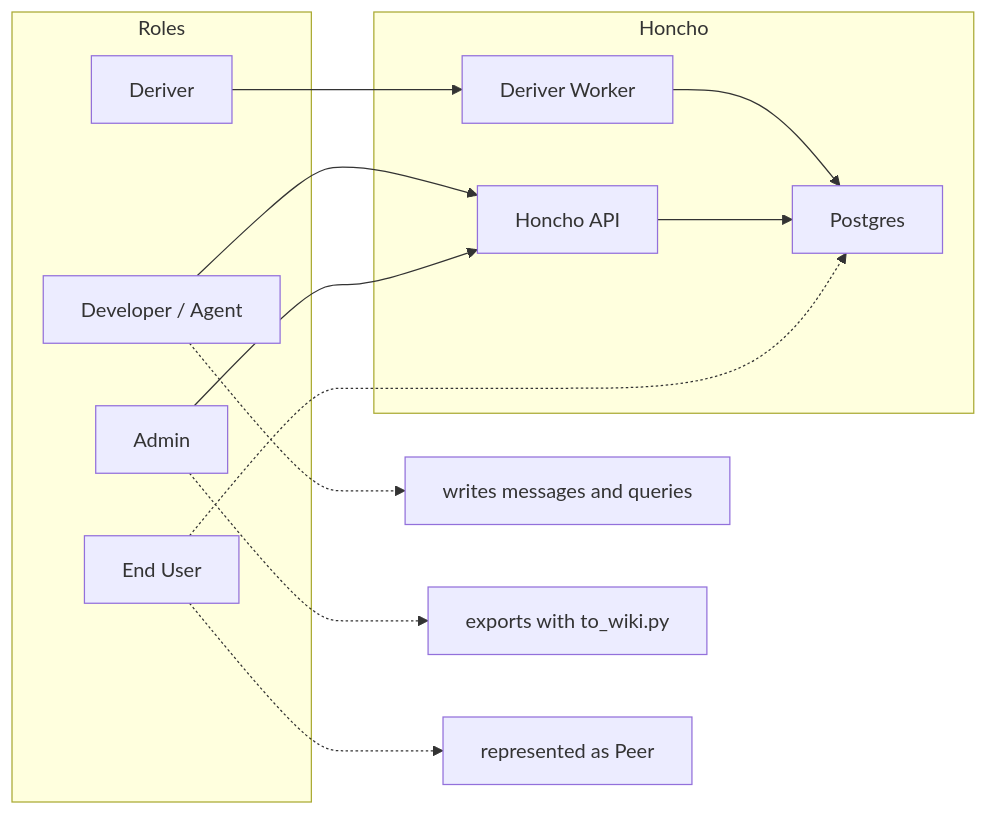
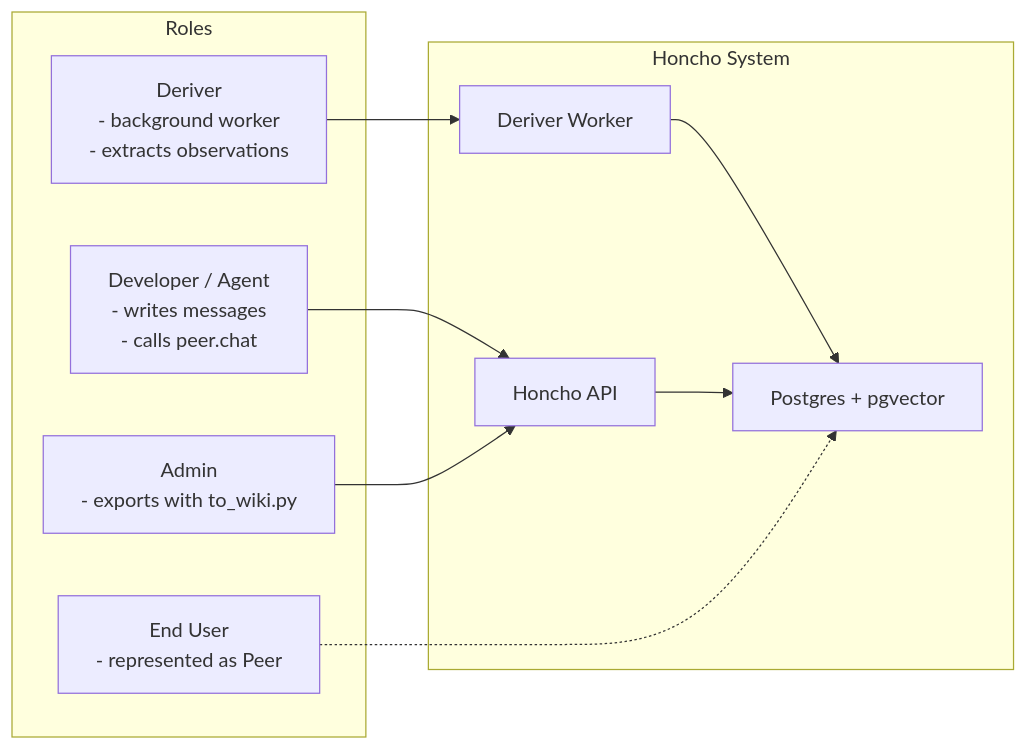
Before and after one commit to beyhanmeyrali/BMsCodingMarket: the fifth of 7 diagrams in docs/HONCHO_SETUP_GUIDE.md, drawn with Mermaid. The commit also changed other lines of this file, not shown here.

Commit message:
Remove Mermaid styles causing poor contrast in GitHub
Remove custom fill colors that make text unreadable on dark/light themes.
Let GitHub use default Mermaid styling for better accessibility.

````diff
--- a/docs/HONCHO_SETUP_GUIDE.md
+++ b/docs/HONCHO_SETUP_GUIDE.md
@@ -190,30 +180,22 @@
 ```mermaid
 graph LR
-    subgraph Roles
-        Dev["Developer / Agent"]
-        Deriver["Deriver"]
-        User["End User"]
-        Admin["Admin"]
+    subgraph Roles["Roles"]
+        Dev["Developer / Agent\n- writes messages\n- calls peer.chat"]
+        Deriver["Deriver\n- background worker\n- extracts observations"]
+        User["End User\n- represented as Peer"]
+        Admin["Admin\n- exports with to_wiki.py"]
     end
 
-    subgraph Honcho
+    subgraph Honcho["Honcho System"]
         API["Honcho API"]
-        DB["Postgres"]
+        DB["Postgres + pgvector"]
         Worker["Deriver Worker"]
     end
 
     Dev --> API
     Deriver --> Worker
     Worker --> DB
     Admin --> API
     API --> DB
     User -.-> DB
-
-    noteDev[writes messages and queries]
-    noteAdmin[exports with to_wiki.py]
-    noteUser[represented as Peer]
-
-    Dev -.-> noteDev
-    Admin -.-> noteAdmin
-    User -.-> noteUser
 ```
````
